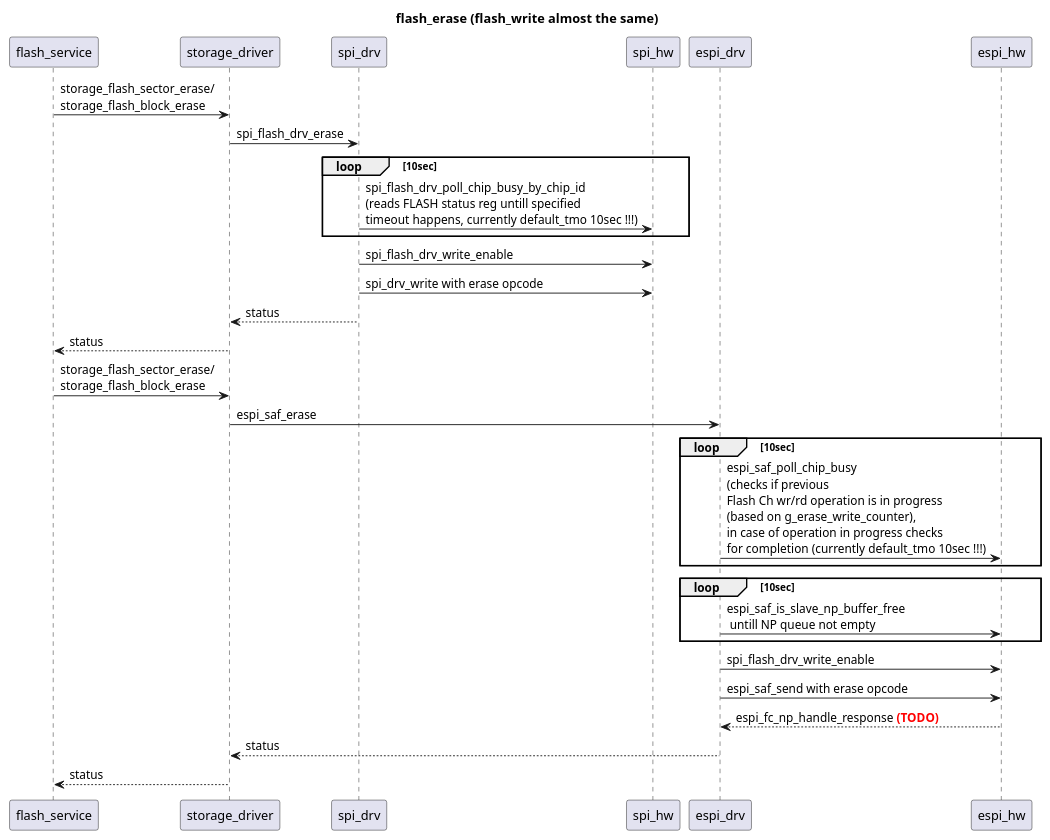
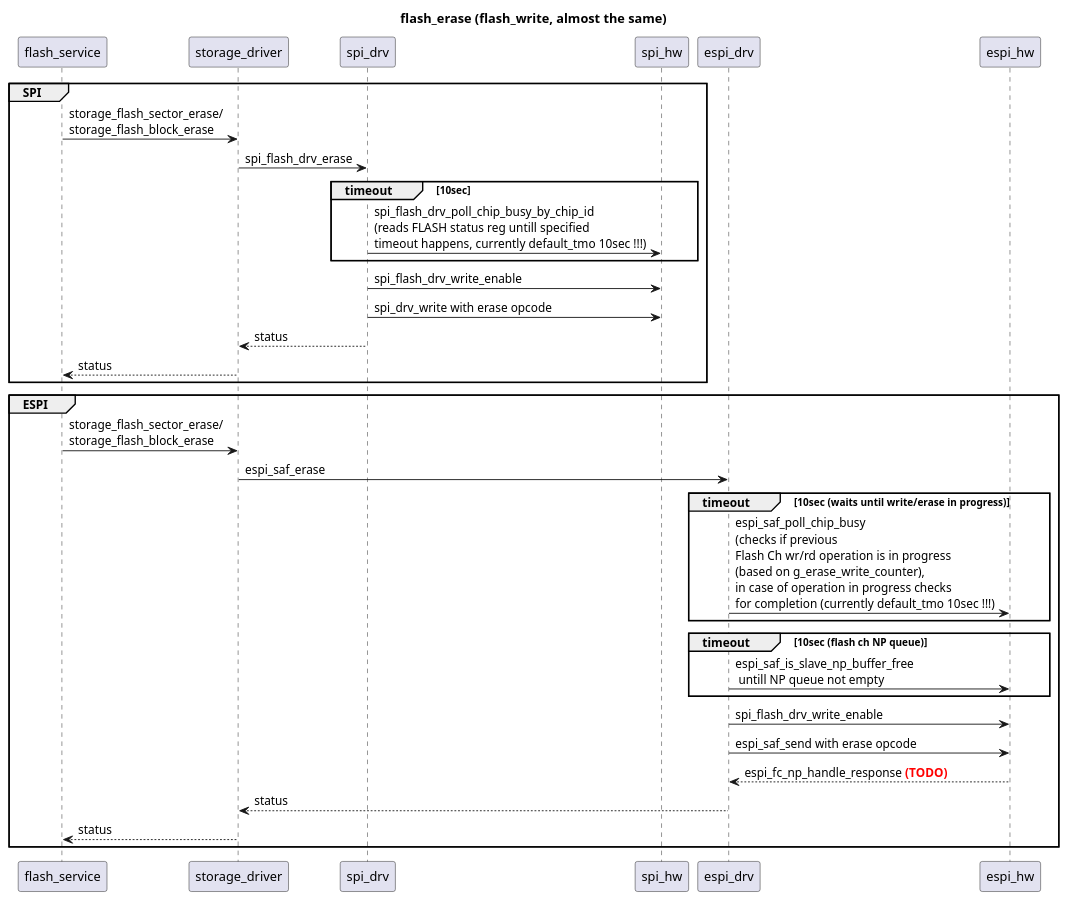
Before and after one commit to lgolawsk/plant: the first of 5 diagrams in spi_espi_paranoia.wsd, drawn with PlantUML. The commit also changed other lines of this file, not shown here.

```diff
--- a/spi_espi_paranoia.wsd
+++ b/spi_espi_paranoia.wsd
@@ -1,34 +1,37 @@
 @startuml flash_erase
-title flash_erase (flash_write almost the same)
+title flash_erase (flash_write, almost the same)
 participant flash_service as fs
 participant storage_driver as st_d
 participant spi_drv as sp_d
 participant spi_hw as sp_hw
 participant espi_drv as es_d
 participant espi_hw as es_hw
 
+group SPI
 fs -> st_d : storage_flash_sector_erase/\nstorage_flash_block_erase
 st_d -> sp_d : spi_flash_drv_erase
-loop 10sec
+group timeout [10sec]
 sp_d -> sp_hw : spi_flash_drv_poll_chip_busy_by_chip_id \n(reads FLASH status reg untill specified \ntimeout happens, currently default_tmo 10sec !!!)
 end
 sp_d -> sp_hw : spi_flash_drv_write_enable
 sp_d -> sp_hw : spi_drv_write with erase opcode
 st_d <-- sp_d : status
 fs <-- st_d : status
+end
 
+group ESPI
 fs -> st_d : storage_flash_sector_erase/\nstorage_flash_block_erase
 st_d ->es_d : espi_saf_erase
-loop 10sec
+group timeout [10sec (waits until write/erase in progress)]
 es_d -> es_hw : espi_saf_poll_chip_busy \n(checks if previous \nFlash Ch wr/rd operation is in progress \n(based on g_erase_write_counter), \nin case of operation in progress checks \nfor completion (currently default_tmo 10sec !!!)
 end
-loop 10sec
+group timeout [10sec (flash ch NP queue)]
 es_d -> es_hw : espi_saf_is_slave_np_buffer_free \n untill NP queue not empty
 end
 es_d -> es_hw : spi_flash_drv_write_enable
 es_d -> es_hw : espi_saf_send with erase opcode
 es_d <-- es_hw : espi_fc_np_handle_response <font color=red><b>(TODO)
 st_d <-- es_d : status
 fs <-- st_d : status
-
+end
 @enduml
```
